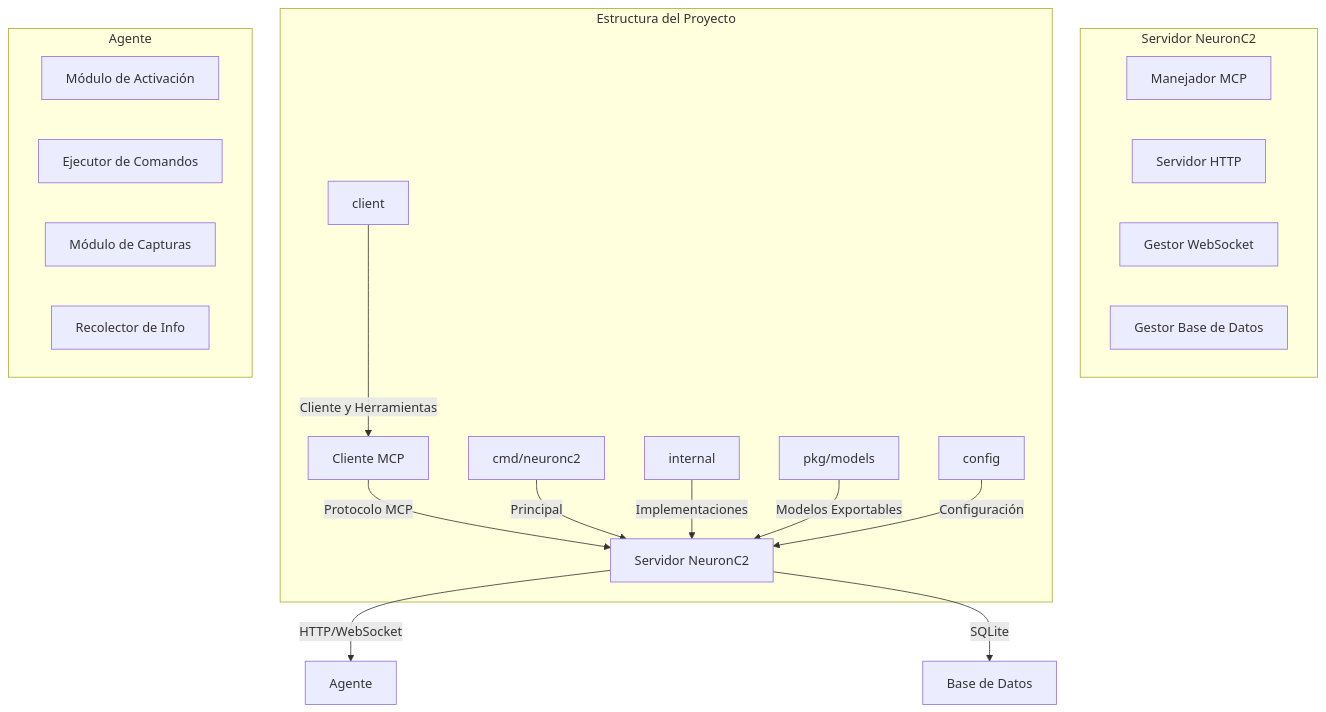
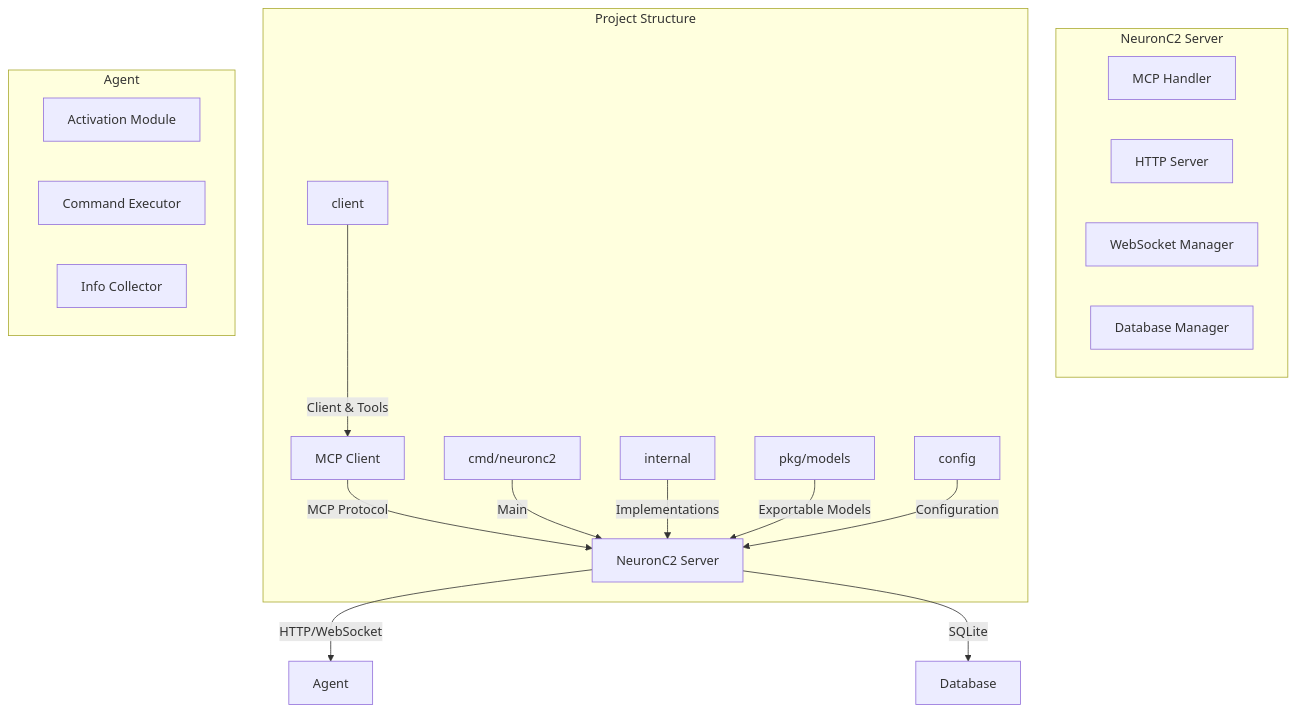
Before and after one commit to 3xploit666/neuronc2.1: the diagram in README.md, drawn with Mermaid. The commit also changed other lines of this file, not shown here.

````diff
--- a/README.md
+++ b/README.md
@@ -42,28 +41,27 @@
 ```mermaid
 graph TD
-    A[Cliente MCP] -->|Protocolo MCP| B[Servidor NeuronC2]
-    B -->|HTTP/WebSocket| C[Agente]
-    B -->|SQLite| D[Base de Datos]
+    A[MCP Client] -->|MCP Protocol| B[NeuronC2 Server]
+    B -->|HTTP/WebSocket| C[Agent]
+    B -->|SQLite| D[Database]
     
-    subgraph "Servidor NeuronC2"
-        B1[Manejador MCP]
-        B2[Servidor HTTP]
-        B3[Gestor WebSocket]
-        B4[Gestor Base de Datos]
+    subgraph "NeuronC2 Server"
+        B1[MCP Handler]
+        B2[HTTP Server]
+        B3[WebSocket Manager]
+        B4[Database Manager]
     end
     
-    subgraph "Estructura del Proyecto"
-        E1[cmd/neuronc2] -->|Principal| B
-        E2[internal] -->|Implementaciones| B
-        E3[pkg/models] -->|Modelos Exportables| B
-        E4[client] -->|Cliente y Herramientas| A
-        E5[config] -->|Configuración| B
+    subgraph "Project Structure"
+        E1[cmd/neuronc2] -->|Main| B
+        E2[internal] -->|Implementations| B
+        E3[pkg/models] -->|Exportable Models| B
+        E4[client] -->|Client & Tools| A
+        E5[config] -->|Configuration| B
     end
     
-    subgraph "Agente"
-        C1[Módulo de Activación]
-        C2[Ejecutor de Comandos]
-        C3[Módulo de Capturas]
-        C4[Recolector de Info]
+    subgraph "Agent"
+        C1[Activation Module]
+        C2[Command Executor]
+        C4[Info Collector]
     end
 ```
````
